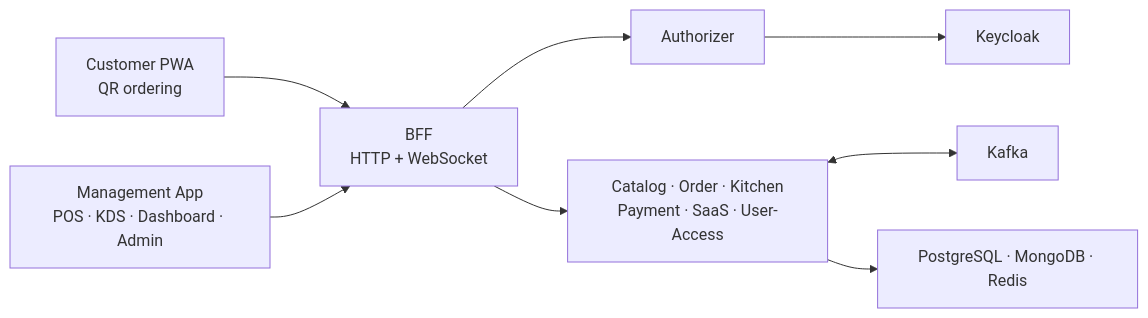
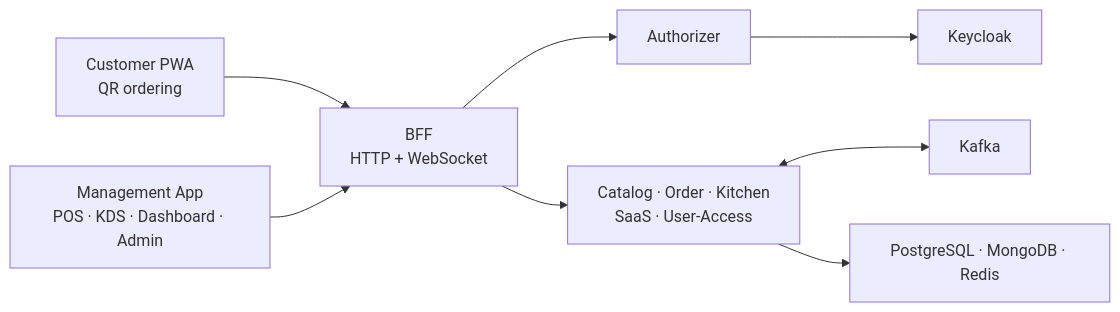
Before and after one commit to quan-vo-dinh/saas-pos-microservices-qrtable: the diagram in README.md, drawn with Mermaid. The commit also changed other lines of this file and 11 other files, not shown here.

````diff
--- a/README.md
+++ b/README.md
@@ -44,10 +42,10 @@
 ```mermaid
 flowchart LR
   PWA["Customer PWA<br/>QR ordering"] --> BFF["BFF<br/>HTTP + WebSocket"]
   APP["Management App<br/>POS · KDS · Dashboard · Admin"] --> BFF
   BFF --> AUTH["Authorizer"]
-  BFF --> SERVICES["Catalog · Order · Kitchen<br/>Payment · SaaS · User-Access"]
+  BFF --> SERVICES["Catalog · Order · Kitchen<br/>SaaS · User-Access"]
   AUTH --> KC["Keycloak"]
   SERVICES <--> KAFKA["Kafka"]
   SERVICES --> DATA["PostgreSQL · MongoDB · Redis"]
 ```
````
